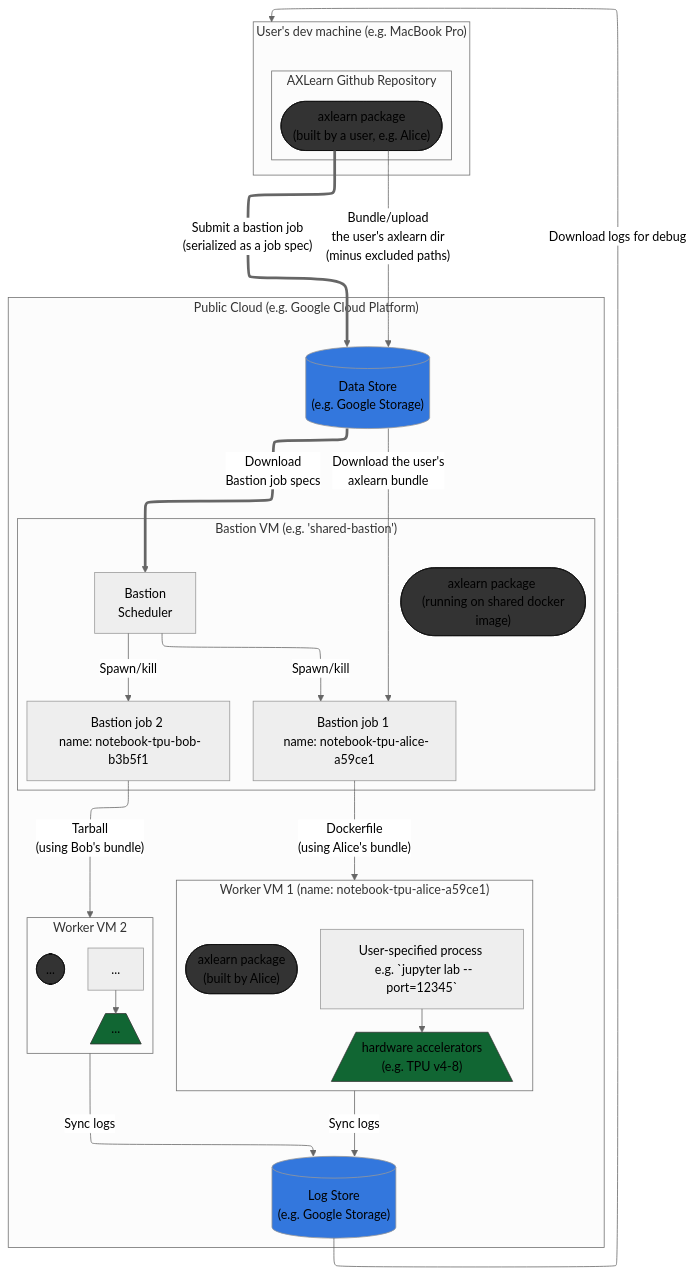
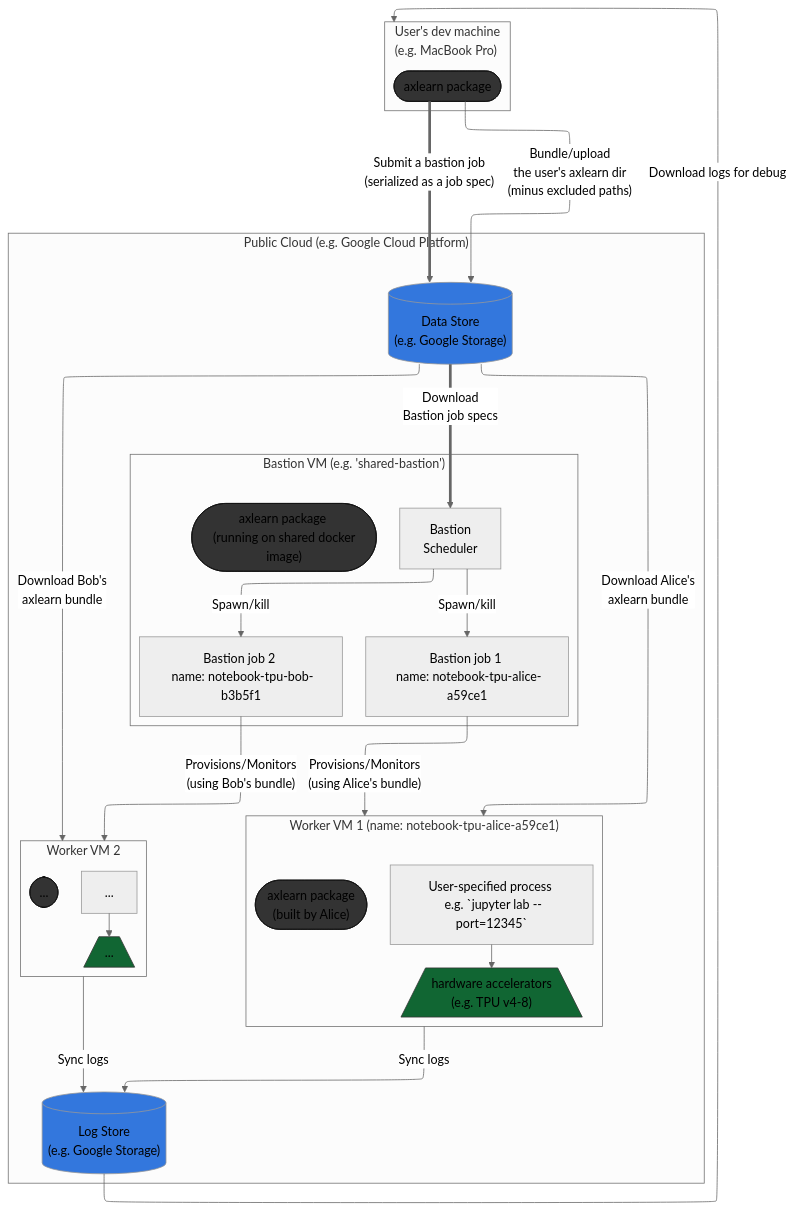
The diagram in docs/bastion.md (apple/axlearn), drawn with Mermaid (neutral theme) before and after one commit.

````diff
--- a/docs/bastion.md
+++ b/docs/bastion.md
@@ -4,69 +4,68 @@
 ```mermaid
 %% elk seems to be more maintained, see: https://github.com/mermaid-js/mermaid/issues/1969
 %% N.B. elk doesn't stop rendering invisible edge operator, i.e. ~~~
 %%{init: {"flowchart": {"defaultRenderer": "elk"}} }%%
 
 flowchart TB
 
-    subgraph UserMachine ["User's dev machine (e.g. MacBook Pro)"]
-        subgraph AXLearnGithubRepository["AXLearn Github Repository"]
-            localAXLearnPackage(["axlearn package \n (built by a user, e.g. Alice)"]):::fileCSS
-        end
+    subgraph UserMachine ["User's dev machine \n (e.g. MacBook Pro)"]
+        localAXLearnPackage(["axlearn package"]):::fileCSS
     end
 
     localAXLearnPackage --"
         Bundle/upload
         the user's axlearn dir
         (minus excluded paths)"--> bastionPrimaryStore
 
     localAXLearnPackage =="
         Submit a bastion job
         (serialized as a job spec)"==> bastionPrimaryStore
 
     subgraph PublicCloud ["Public Cloud (e.g. Google Cloud Platform)"]
 
         subgraph BastionVM_shared ["Bastion VM (e.g. 'shared-bastion')"]
             bastionScheduler_1["Bastion \n Scheduler"]
             bastionVmAXLearnPackage(["axlearn package \n (running on shared docker image)"]):::fileCSS
             bastionJob_1["Bastion job 1 \n name: notebook-tpu-alice-a59ce1"]
             bastionJob_2["Bastion job 2 \n name: notebook-tpu-bob-b3b5f1"]
 
             bastionScheduler_1 --"Spawn/kill"--> bastionJob_1 & bastionJob_2
         end
 
         bastionPrimaryStore[("Data Store \n (e.g. Google Storage)")]:::storeCSS
         bastionPrimaryStore =="Download \n Bastion job specs"==>  bastionScheduler_1
 
-        bastionPrimaryStore --"Download the user's \n axlearn bundle"--> bastionJob_1
-        bastionJob_1 --"Dockerfile \n (using Alice's bundle)"--> WorkerVM_1
-        bastionJob_2 --"Tarball \n (using Bob's bundle)"--> WorkerVM_2
+        bastionPrimaryStore --"Download Alice's \n axlearn bundle"--> WorkerVM_1
+        bastionPrimaryStore --"Download Bob's \n axlearn bundle"--> WorkerVM_2
+        bastionJob_1 --"Provisions/Monitors \n (using Alice's bundle)"--> WorkerVM_1
+        bastionJob_2 --"Provisions/Monitors \n (using Bob's bundle)"--> WorkerVM_2
 
         subgraph WorkerVM_1 ["Worker VM 1 (name: notebook-tpu-alice-a59ce1)"]
             workerProcess_1["User-specified process \n e.g. `jupyter lab --port=12345`"]
             accelerator_1[/"hardware accelerators \n (e.g. TPU v4-8)"\]:::chipCSS
             bastionWorkerAXLearnPackage_1(["axlearn package \n (built by Alice)"]):::fileCSS
 
             workerProcess_1 --> accelerator_1
         end
 
         subgraph WorkerVM_2 ["Worker VM 2"]
             workerProcess_2["..."]
             accelerator_2[/"..."\]:::chipCSS
             bastionWorkerAXLearnPackage_2(["..."]):::fileCSS
 
             workerProcess_2 --> accelerator_2
         end
 
         bastionLogStore[("Log Store \n (e.g. Google Storage)")]:::storeCSS
         WorkerVM_1 & WorkerVM_2 --"Sync logs"--> bastionLogStore
 
     end
 
     bastionLogStore--"Download logs for debug"-->UserMachine
 
     %% Public Github doesn't apply CSS, but keeping these enables other environments
     %% (e.g. editor previews such as in VS Code) to use more colors
     classDef chipCSS stroke:#333,fill:#163
     classDef fileCSS stroke:#111,fill:#333
     classDef storeCSS fill:#37d
 ```
````
